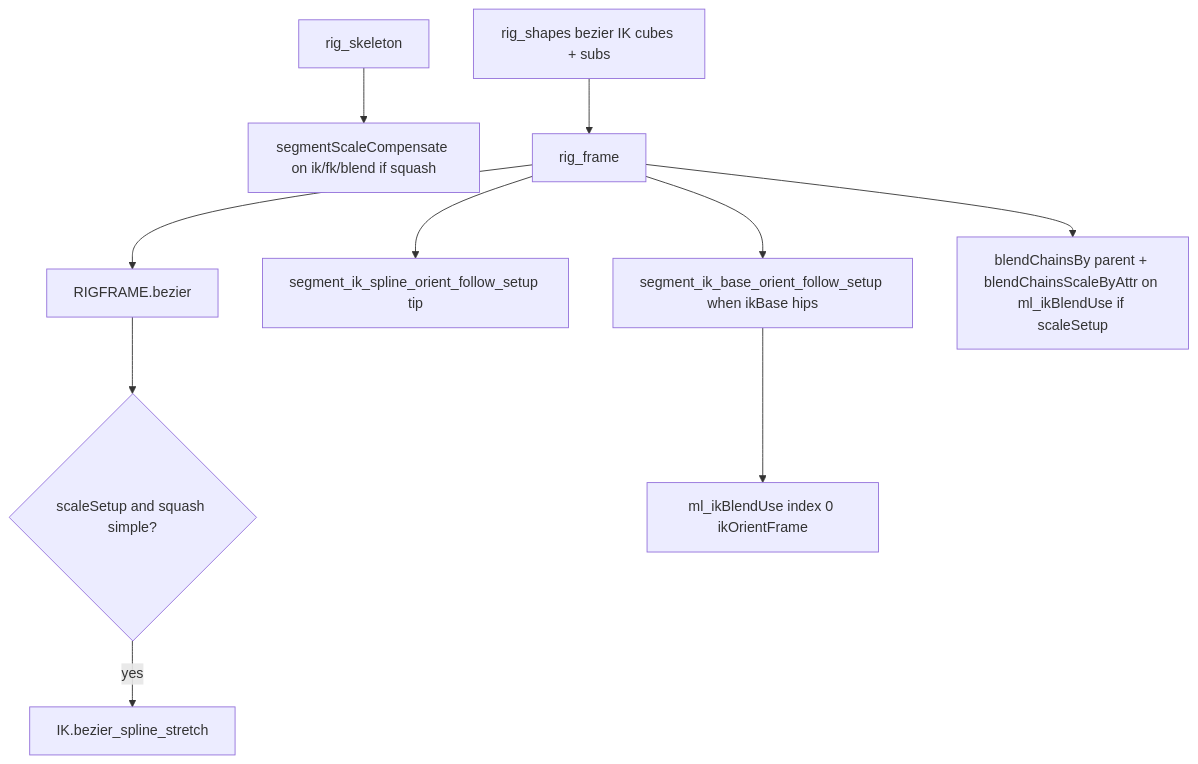
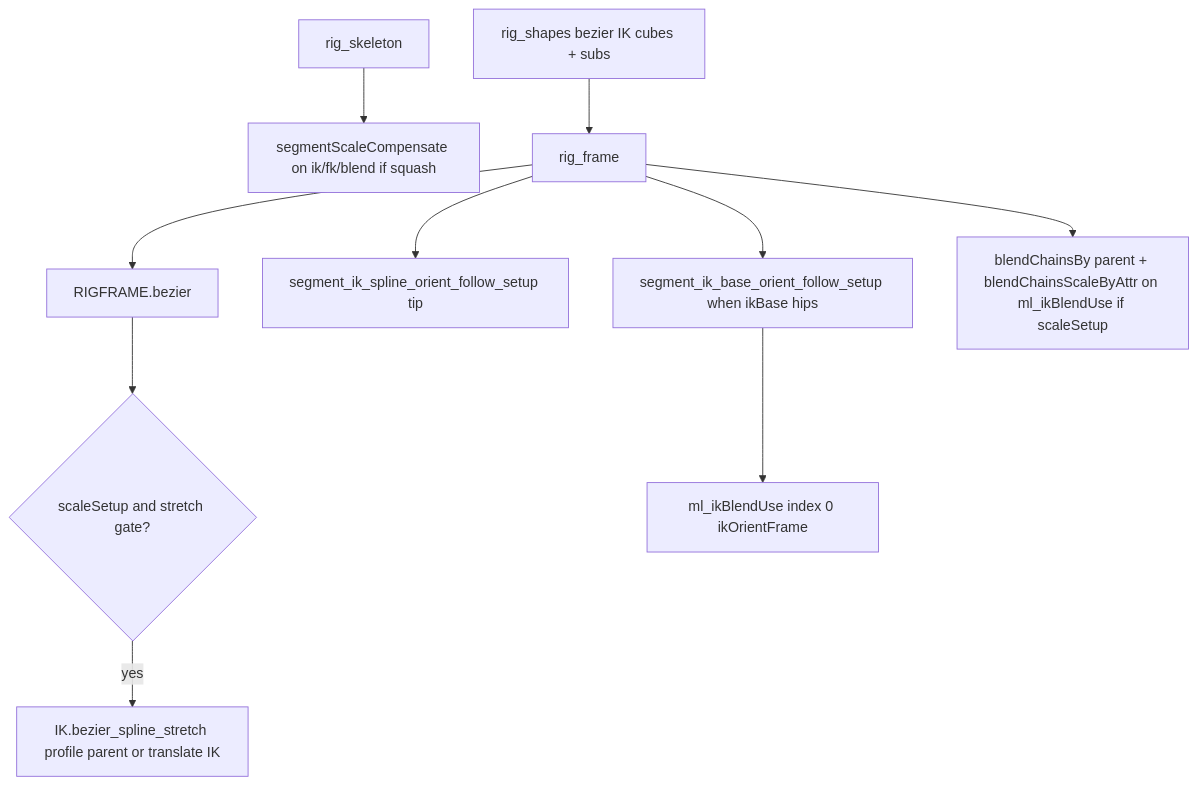
Before and after one commit to jjburton/cgmToolsDev: the diagram in Features/Feature_BezierIK.md, drawn with Mermaid. The commit also changed other lines of this file and 4 other files, not shown here.

````diff
--- a/Features/Feature_BezierIK.md
+++ b/Features/Feature_BezierIK.md
@@ -235,12 +253,12 @@
 ```mermaid
 flowchart TD
   skeleton[rig_skeleton] --> ssc[segmentScaleCompensate on ik/fk/blend if squash]
   shapes[rig_shapes bezier IK cubes + subs] --> frame[rig_frame]
   frame --> bez[RIGFRAME.bezier]
-  bez --> stretch{scaleSetup and squash simple?}
-  stretch -->|yes| bstr[IK.bezier_spline_stretch]
+  bez --> stretch{scaleSetup and stretch gate?}
+  stretch -->|yes| bstr[IK.bezier_spline_stretch profile parent or translate IK]
   frame --> endFollow[segment_ik_spline_orient_follow_setup tip]
   frame --> hipsFollow[segment_ik_base_orient_follow_setup when ikBase hips]
   hipsFollow --> ikBlendUse[ml_ikBlendUse index 0 ikOrientFrame]
   frame --> fkik[blendChainsBy parent + blendChainsScaleByAttr on ml_ikBlendUse if scaleSetup]
 ```
````
